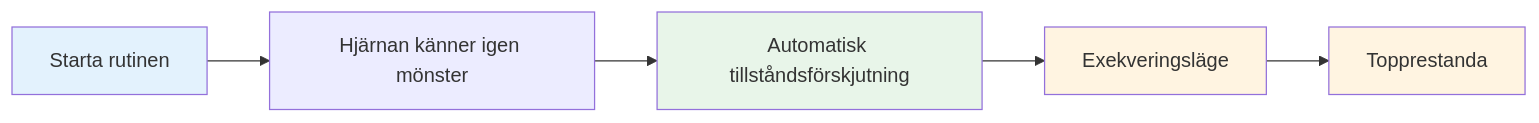
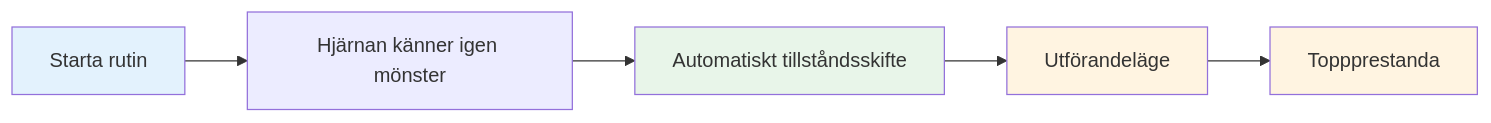
One commit to patwii/petanque-academy changed the diagram in docs/sv/education/mental-strength/pre-shot-routine.md. Above: the diagram before and after it, drawn with Mermaid. The commit also changed other lines of this file and 7 other files, not shown here.

````diff
--- a/docs/sv/education/mental-strength/pre-shot-routine.md
+++ b/docs/sv/education/mental-strength/pre-shot-routine.md
@@ -9,12 +9,12 @@
 ```mermaid
 graph LR
-    A[Starta rutinen] --> B[Hjärnan känner igen mönster]
-    B --> C[Automatisk tillståndsförskjutning]
-    C --> D[Exekveringsläge]
-    D --> E[Topprestanda]
+    A[Starta rutin] --> B[Hjärnan känner igen mönster]
+    B --> C[Automatiskt tillståndsskifte]
+    C --> D[Utförandeläge]
+    D --> E[Toppprestanda]
 
     style A fill:#e3f2fd
     style C fill:#e8f5e9
     style D fill:#fff4e1
     style E fill:#fff4e1
 ```
````
